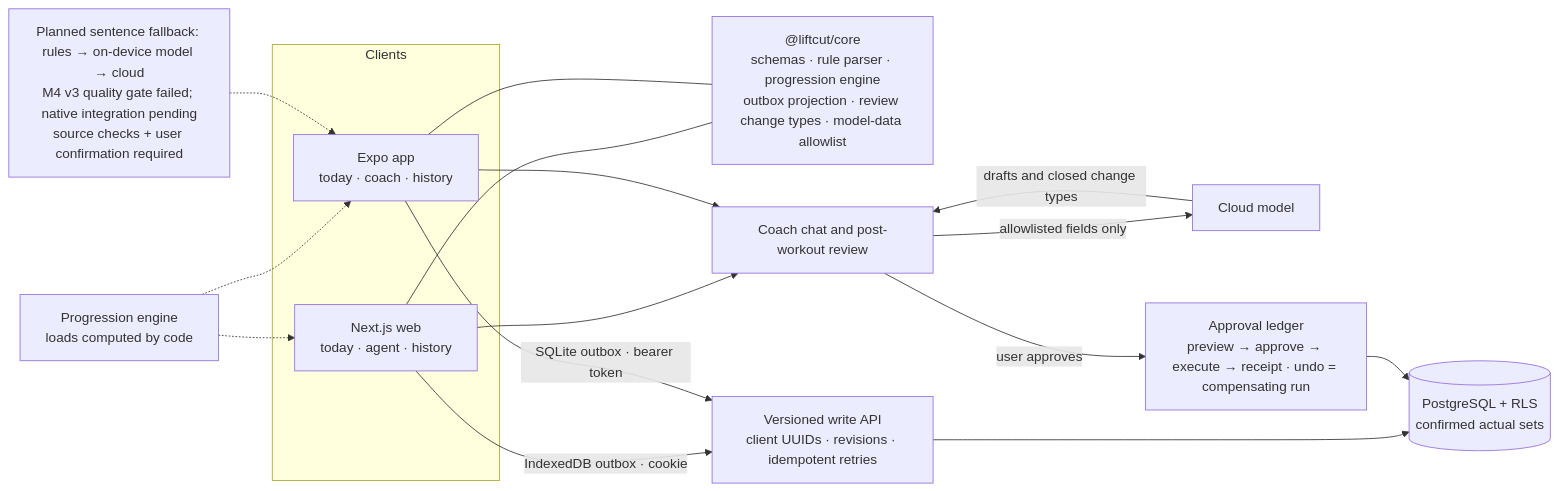
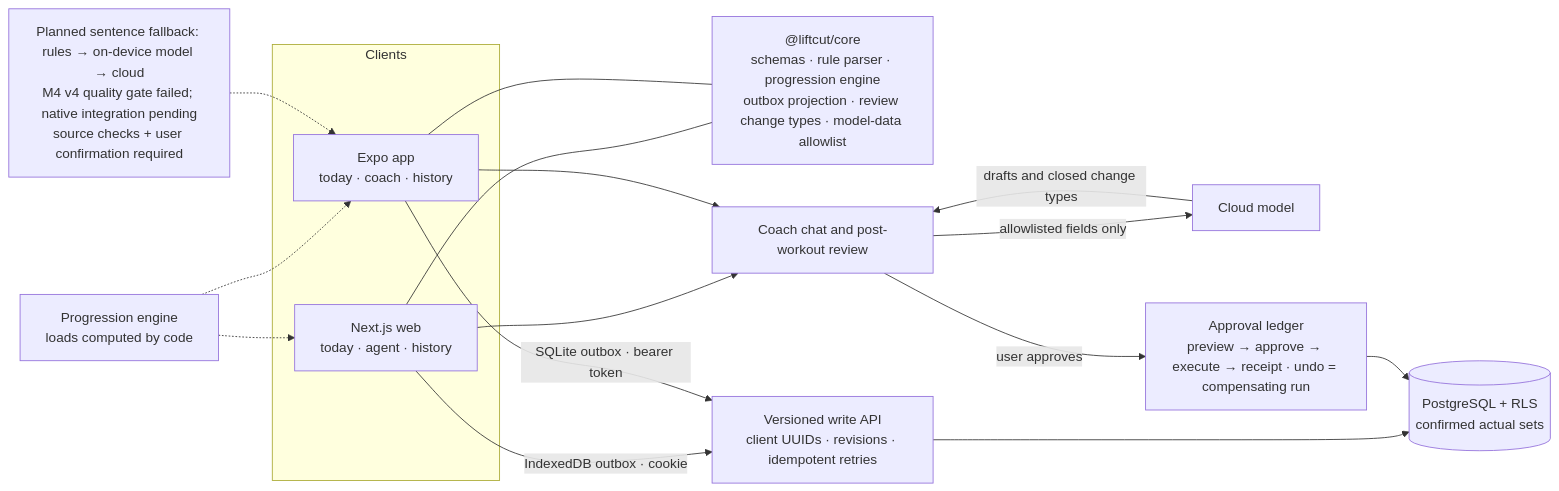
The second of 2 diagrams in README.md (Townzc/liftcut-tracker), drawn with Mermaid before and after one commit. The commit also changed other lines of this file and 20 other files, not shown here.

````diff
--- a/README.md
+++ b/README.md
@@ -122,21 +122,21 @@
 ```mermaid
 flowchart LR
   subgraph Clients
     Web["Next.js web<br/>today · agent · history"]
     Mobile["Expo app<br/>today · coach · history"]
   end
   Core["@liftcut/core<br/>schemas · rule parser · progression engine<br/>outbox projection · review change types · model-data allowlist"]
   Web --- Core
   Mobile --- Core
   Web -->|"IndexedDB outbox · cookie"| API["Versioned write API<br/>client UUIDs · revisions · idempotent retries"]
   Mobile -->|"SQLite outbox · bearer token"| API
   API --> DB[("PostgreSQL + RLS<br/>confirmed actual sets")]
   Web & Mobile --> Coach["Coach chat and post-workout review"]
   Coach -->|"allowlisted fields only"| Model["Cloud model"]
   Model -->|"drafts and closed change types"| Coach
   Coach -->|"user approves"| Ledger["Approval ledger<br/>preview → approve → execute → receipt · undo = compensating run"]
   Ledger --> DB
   Engine["Progression engine<br/>loads computed by code"] -.-> Web
   Engine -.-> Mobile
-  Parser["Planned sentence fallback: rules → on-device model → cloud<br/>M4 v3 quality gate failed; native integration pending<br/>source checks + user confirmation required"] -.-> Mobile
+  Parser["Planned sentence fallback: rules → on-device model → cloud<br/>M4 v4 quality gate failed; native integration pending<br/>source checks + user confirmation required"] -.-> Mobile
 ```
````
